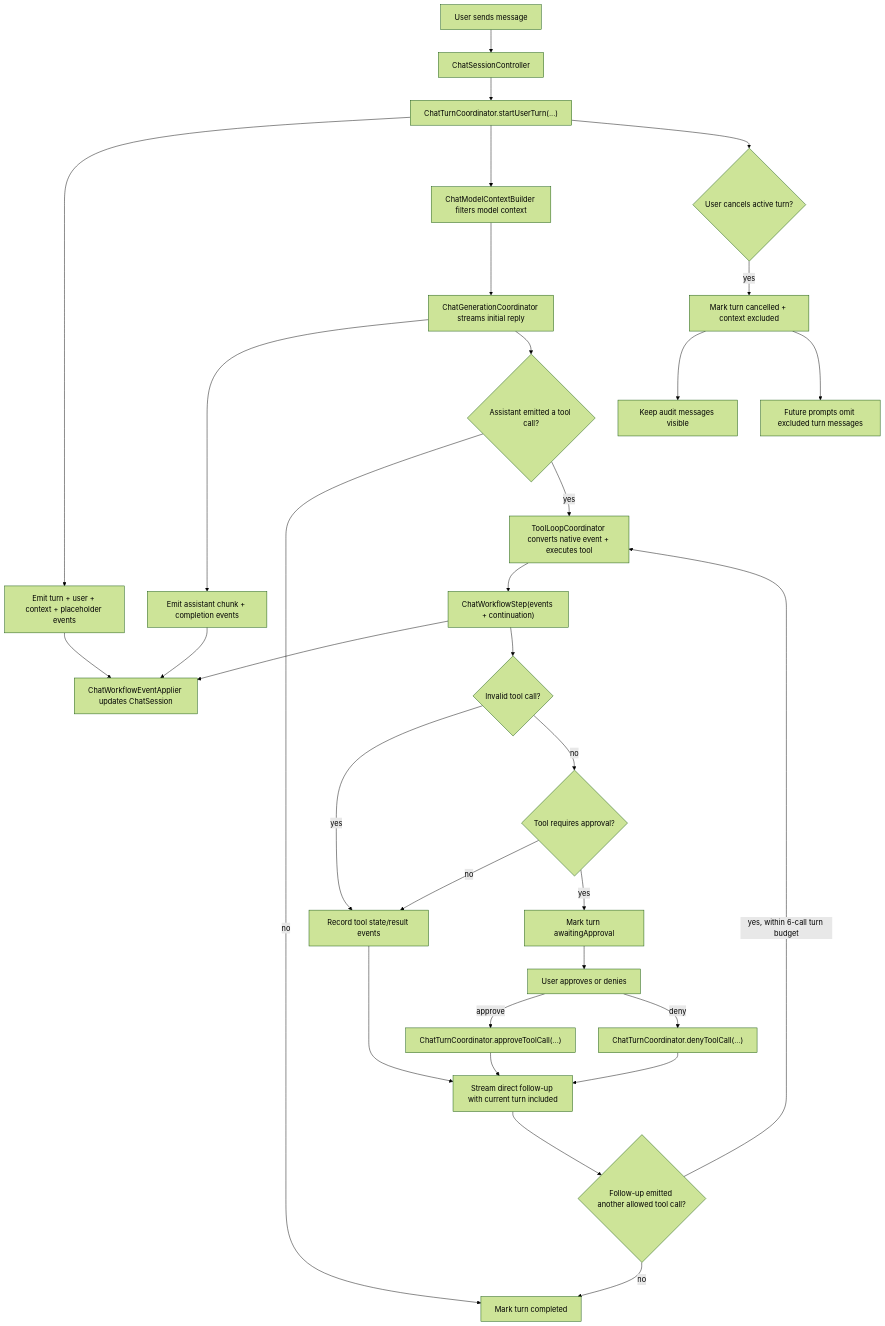
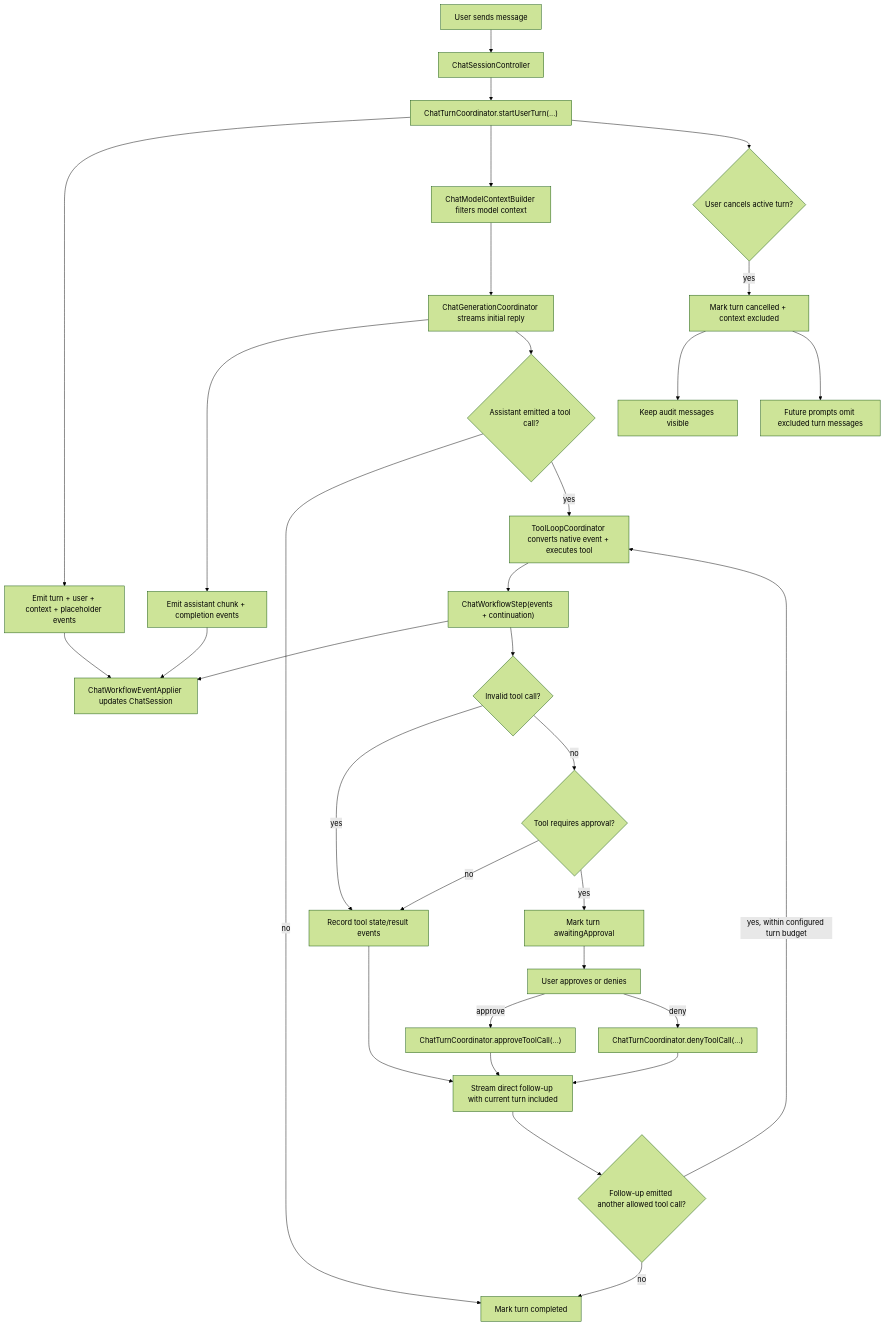
The diagram in docs/chat-runtime.md (ngutech21/sumika-chat), drawn with Mermaid (forest theme) before and after one commit. The commit also changed other lines of this file and 4 other files, not shown here.

````diff
--- a/docs/chat-runtime.md
+++ b/docs/chat-runtime.md
@@ -10,34 +10,34 @@
 ```mermaid
 flowchart TD
   A["User sends message"] --> B["ChatSessionController"]
   B --> C["ChatTurnCoordinator.startUserTurn(...)"]
   C --> D["Emit turn + user + context + placeholder events"]
   D --> E["ChatWorkflowEventApplier updates ChatSession"]
   C --> F["ChatModelContextBuilder filters model context"]
   F --> G["ChatGenerationCoordinator streams initial reply"]
   G --> Y["Emit assistant chunk + completion events"]
   Y --> E
   G --> H{"Assistant emitted a tool call?"}
   H -- "no" --> I["Mark turn completed"]
   H -- "yes" --> J["ToolLoopCoordinator converts native event + executes tool"]
   J --> W["ChatWorkflowStep(events + continuation)"]
   W --> E
   W --> V{"Invalid tool call?"}
   V -- "yes" --> L
   V -- "no" --> K{"Tool requires approval?"}
   K -- "no" --> L["Record tool state/result events"]
   L --> Q["Stream direct follow-up with current turn included"]
   Q --> U{"Follow-up emitted another allowed tool call?"}
-  U -- "yes, within 6-call turn budget" --> J
+  U -- "yes, within configured turn budget" --> J
   U -- "no" --> I
   K -- "yes" --> R["Mark turn awaitingApproval"]
   R --> S["User approves or denies"]
   S -- "approve" --> T["ChatTurnCoordinator.approveToolCall(...)"]
   T --> Q
   S -- "deny" --> Z["ChatTurnCoordinator.denyToolCall(...)"]
   Z --> Q
   C --> M{"User cancels active turn?"}
   M -- "yes" --> N["Mark turn cancelled + context excluded"]
   N --> O["Keep audit messages visible"]
   N --> P["Future prompts omit excluded turn messages"]
 ```
````
